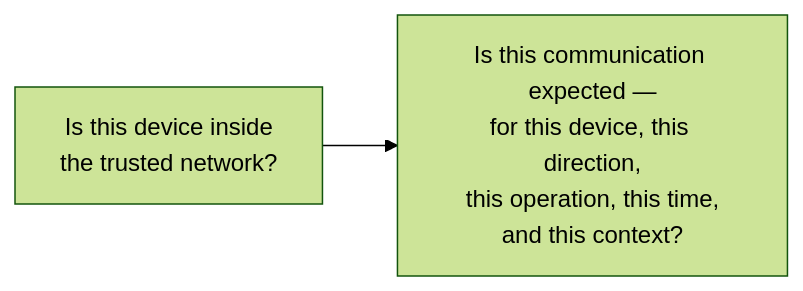
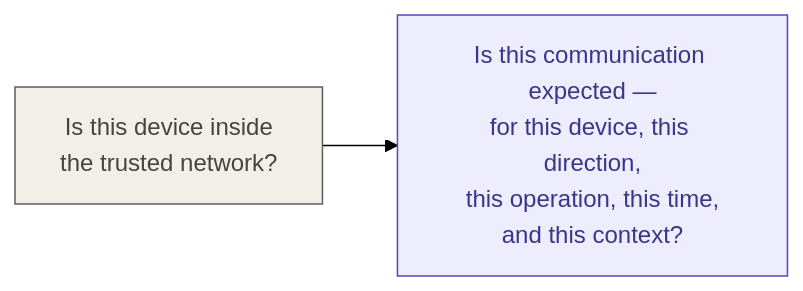
The sixth of 6 diagrams in README.md (Queenrahinee-debug/Local-AI-Guardian), drawn with Mermaid (forest theme) before and after one commit. The commit also changed other lines of this file and 11 other files, not shown here.

````diff
--- a/README.md
+++ b/README.md
@@ -492,10 +499,10 @@
 ```mermaid
 flowchart LR
-    A\["Is this device inside<br/>the trusted network?"] --> B\["Is this communication expected —<br/>for this device, this direction,<br/>this operation, this time,<br/>and this context?"]
+    A["Is this device inside<br/>the trusted network?"] --> B["Is this communication expected —<br/>for this device, this direction,<br/>this operation, this time,<br/>and this context?"]
 
     classDef gray fill:#F1EFE8,stroke:#5F5E5A,color:#444441
     classDef purple fill:#EEEDFE,stroke:#534AB7,color:#3C3489
 
     class A gray
     class B purple
 ```
````
